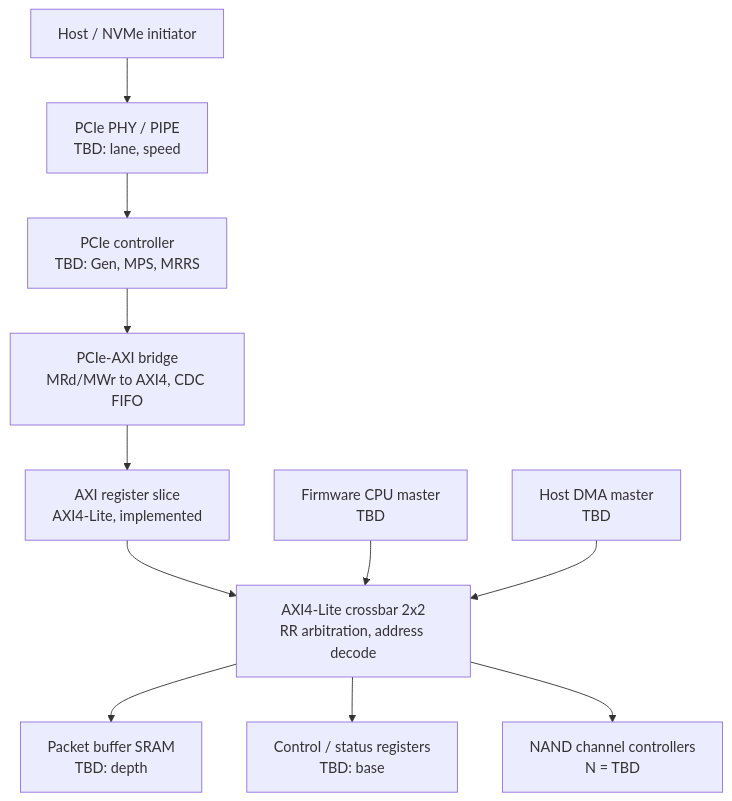
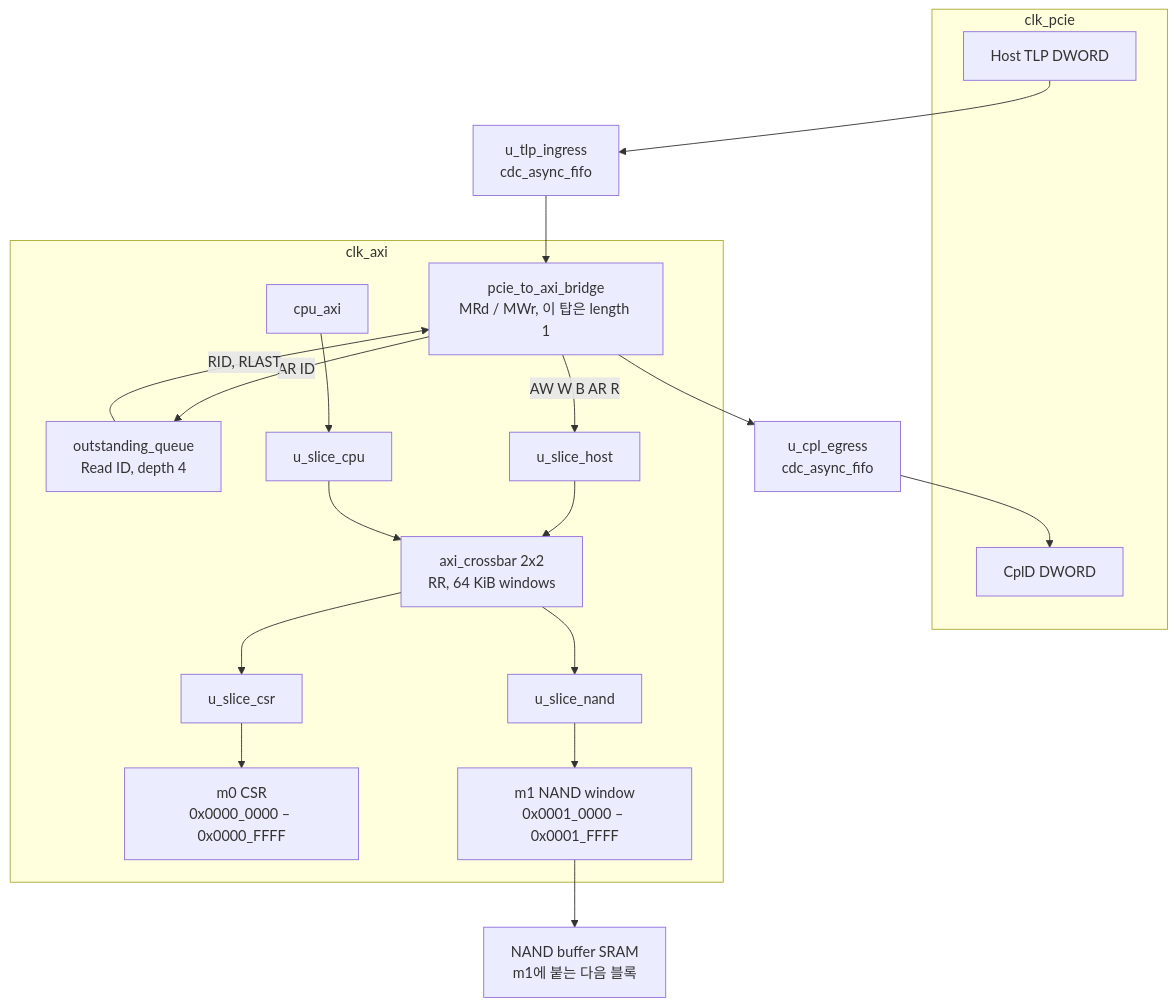
The diagram in README.md (yhkwon-git/axi-pcie-subsystem), drawn with Mermaid before and after one commit. The commit also changed other lines of this file and 10 other files, not shown here.

````diff
--- a/README.md
+++ b/README.md
@@ -79,21 +94,34 @@
 ```mermaid
-flowchart TD
-  HOST["Host / NVMe initiator"]
-  PHY["PCIe PHY / PIPE<br/>TBD: lane, speed"]
-  CTL["PCIe controller<br/>TBD: Gen, MPS, MRRS"]
-  BR["PCIe-AXI bridge<br/>MRd/MWr to AXI4, CDC FIFO"]
-  RS["AXI register slice<br/>AXI4-Lite, implemented"]
-  XBAR["AXI4-Lite crossbar 2x2<br/>RR arbitration, address decode"]
-  CPU["Firmware CPU master<br/>TBD"]
-  DMA["Host DMA master<br/>TBD"]
-  BUF["Packet buffer SRAM<br/>TBD: depth"]
-  CSR["Control / status registers<br/>TBD: base"]
-  NAND["NAND channel controllers<br/>N = TBD"]
+flowchart TB
+  subgraph PCIE["clk_pcie"]
+    TLP["Host TLP DWORD"]
+    CPL["CplD DWORD"]
+  end
 
-  HOST --> PHY --> CTL --> BR --> RS --> XBAR
-  CPU --> XBAR
-  DMA --> XBAR
-  XBAR --> BUF
-  XBAR --> CSR
-  XBAR --> NAND
+  ING["u_tlp_ingress<br/>cdc_async_fifo"]
+  EGR["u_cpl_egress<br/>cdc_async_fifo"]
+
+  subgraph AXI["clk_axi"]
+    BR["pcie_to_axi_bridge<br/>MRd / MWr, 이 탑은 length 1"]
+    OQ["outstanding_queue<br/>Read ID, depth 4"]
+    SH["u_slice_host"]
+    SC["u_slice_cpu"]
+    XB["axi_crossbar 2x2<br/>RR, 64 KiB windows"]
+    S0["u_slice_csr"]
+    S1["u_slice_nand"]
+    CPU["cpu_axi"]
+    M0["m0 CSR<br/>0x0000_0000 – 0x0000_FFFF"]
+    M1["m1 NAND window<br/>0x0001_0000 – 0x0001_FFFF"]
+  end
+
+  SRAM["NAND buffer SRAM<br/>m1에 붙는 다음 블록"]
+
+  TLP --> ING --> BR
+  BR -->|"AW W B AR R"| SH --> XB
+  CPU --> SC --> XB
+  XB --> S0 --> M0
+  XB --> S1 --> M1 --> SRAM
+  BR -->|"AR ID"| OQ
+  OQ -->|"RID, RLAST"| BR
+  BR --> EGR --> CPL
 ```
````
